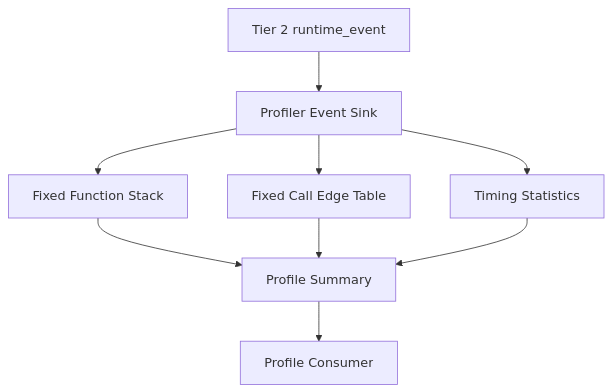
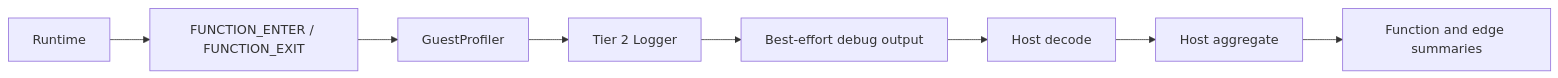
Before and after one commit to kmt-t/fireball: the diagram in docs/components/tier3_plugins/guest_profiler.md, drawn with Mermaid. The commit also changed other lines of this file and 46 other files, not shown here.

````diff
--- a/docs/components/tier3_plugins/guest_profiler.md
+++ b/docs/components/tier3_plugins/guest_profiler.md
@@ -29,11 +26,10 @@
 ```mermaid
-graph TD
-    Events[Tier 2 runtime_event] --> Sink[Profiler Event Sink]
-    Sink --> Stack[Fixed Function Stack]
-    Sink --> Edges[Fixed Call Edge Table]
-    Sink --> Times[Timing Statistics]
-    Stack --> Summary[Profile Summary]
-    Edges --> Summary
-    Times --> Summary
-    Summary --> Caller[Profile Consumer]
+flowchart LR
+    Runtime --> Events[FUNCTION_ENTER / FUNCTION_EXIT]
+    Events --> Plugin[GuestProfiler]
+    Plugin --> Logger[Tier 2 Logger]
+    Logger --> Bus[Best-effort debug output]
+    Bus --> Decode[Host decode]
+    Decode --> Aggregate[Host aggregate]
+    Aggregate --> Report[Function and edge summaries]
 ```
````
